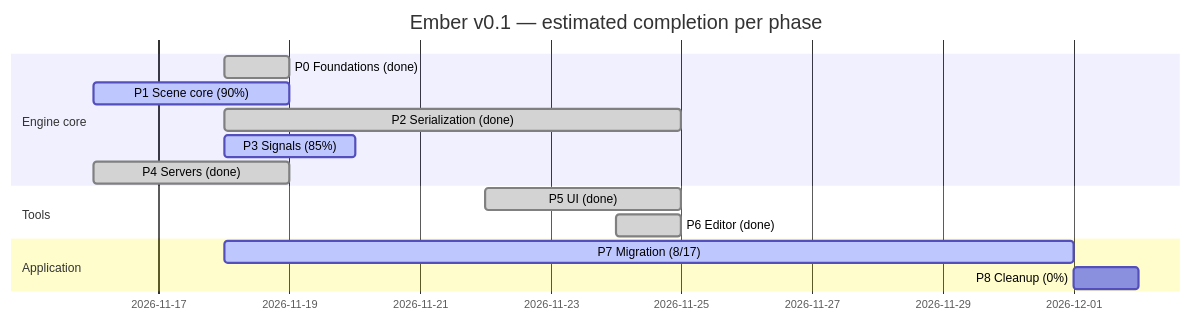
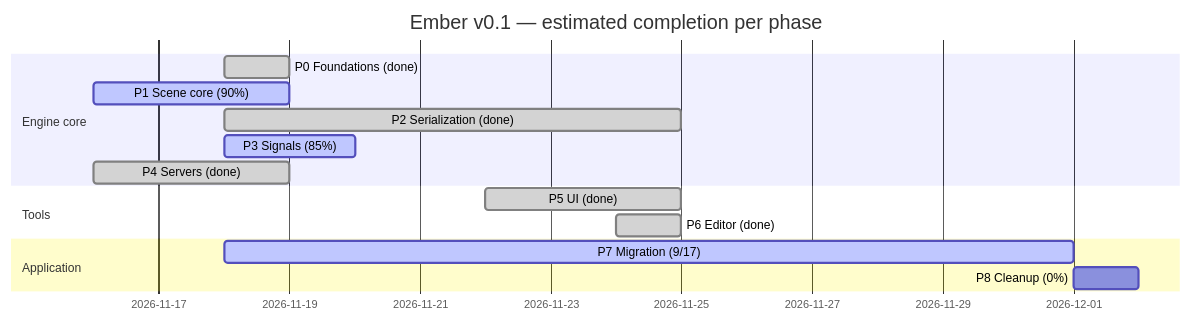
One commit to titouanthd/ember changed the diagram in ember-vault/60 Progress/Roadmap Tracker.md. Above: the diagram before and after it, drawn with Mermaid. The commit also changed other lines of this file and 3 other files, not shown here.

First line of the commit message:
doc(vault-roadmap): Record the Air Hockey migration

````diff
--- a/ember-vault/60 Progress/Roadmap Tracker.md
+++ b/ember-vault/60 Progress/Roadmap Tracker.md
@@ -11,17 +11,17 @@
 ```mermaid
 gantt
   dateFormat YYYY-MM-DD
   title Ember v0.1 — estimated completion per phase
   section Engine core
   P0 Foundations (done)  :done, p0, 2026-11-18, 1d
   P1 Scene core (90%)    :active, p1, 2026-11-16, 3d
   P2 Serialization (done):done, p2, 2026-11-18, 7d
   P3 Signals (85%)       :active, p3, 2026-11-18, 2d
   P4 Servers (done)      :done, p4, 2026-11-16, 3d
   section Tools
   P5 UI (done)           :done, p5, 2026-11-22, 3d
   P6 Editor (done)       :done, p6, 2026-11-24, 1d
   section Application
-  P7 Migration (8/17)    :active, p7, 2026-11-18, 13d
+  P7 Migration (9/17)    :active, p7, 2026-11-18, 13d
   P8 Cleanup (0%)        :p8, after p7, 1d
 ```
````
